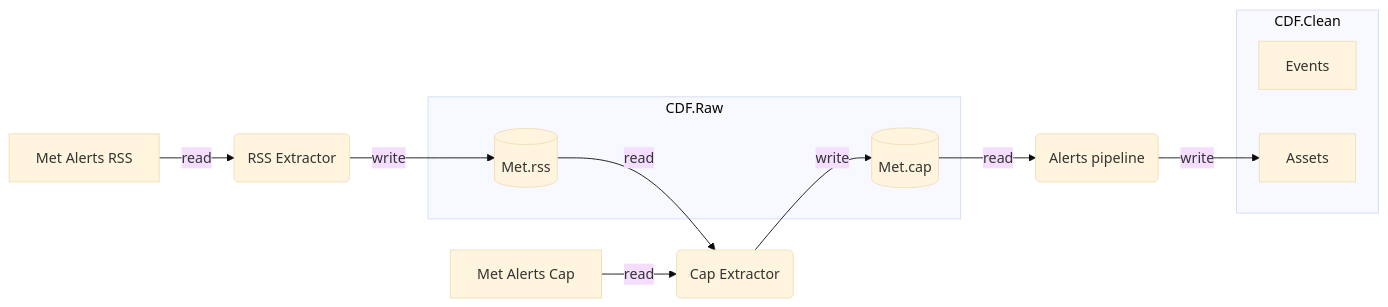
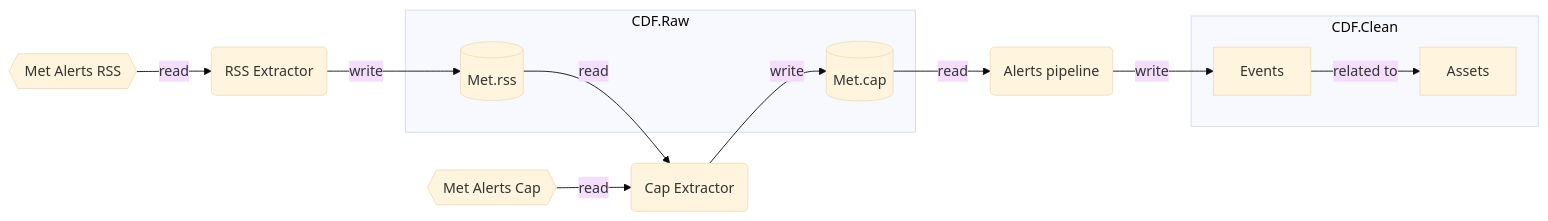
Before and after one commit to cognitedata/cdf-sdk-java-examples: the second of 2 diagrams in 20-met-weather-scenario/README.md, drawn with Mermaid (base theme). The commit also changed other lines of this file, not shown here.

Commit message:
Add met scenario readme

````diff
--- a/20-met-weather-scenario/README.md
+++ b/20-met-weather-scenario/README.md
@@ -15,18 +35,19 @@
 ```mermaid
 flowchart LR
-    A[Met Alerts RSS] -->|read| B(RSS Extractor)
+    A{{Met Alerts RSS}} -->|read| B(RSS Extractor)
     subgraph CDF.Raw
         C[(Met.rss)]
         D[(Met.cap)]
     end
     B -->|write| C
     C -->|read| E(Cap Extractor)
-    F[Met Alerts Cap] -->|read| E
+    F{{Met Alerts Cap}} -->|read| E
     E -->|write| D
     subgraph CDF.Clean
         G[Events]
         H[Assets]
     end
     D -->|read| I(Alerts pipeline)
-    I -->|write| H
+    I -->|write| G
+    G -->|related to| H
 ```
````
